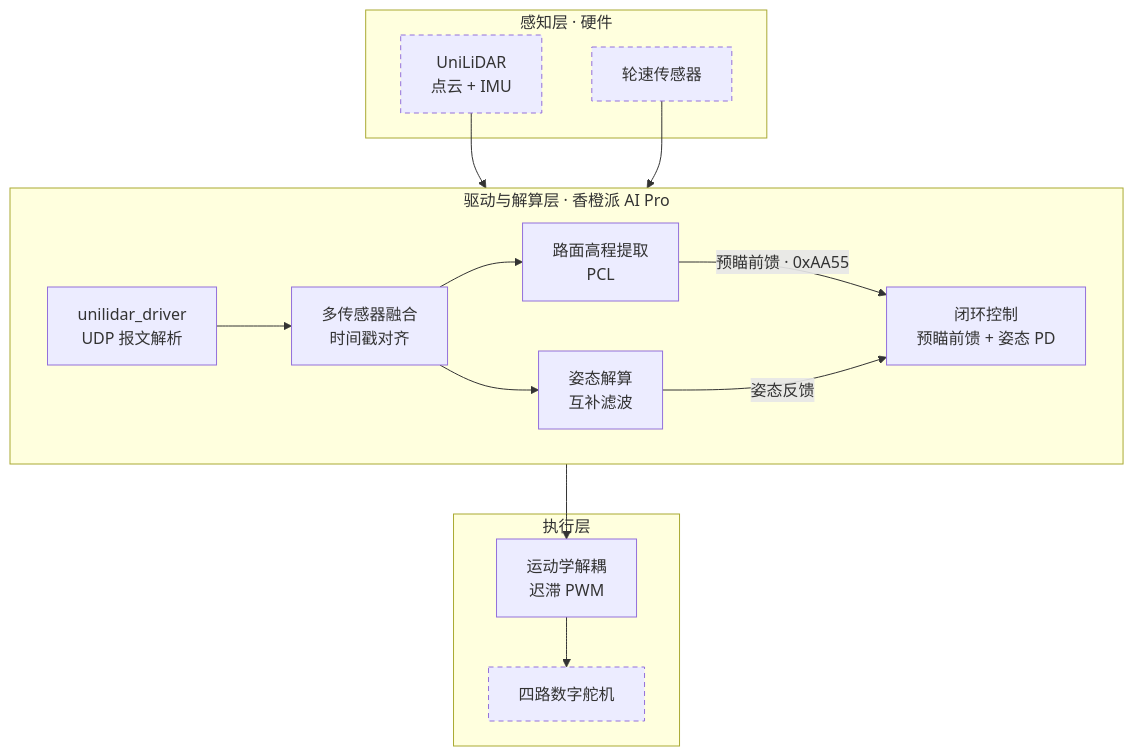
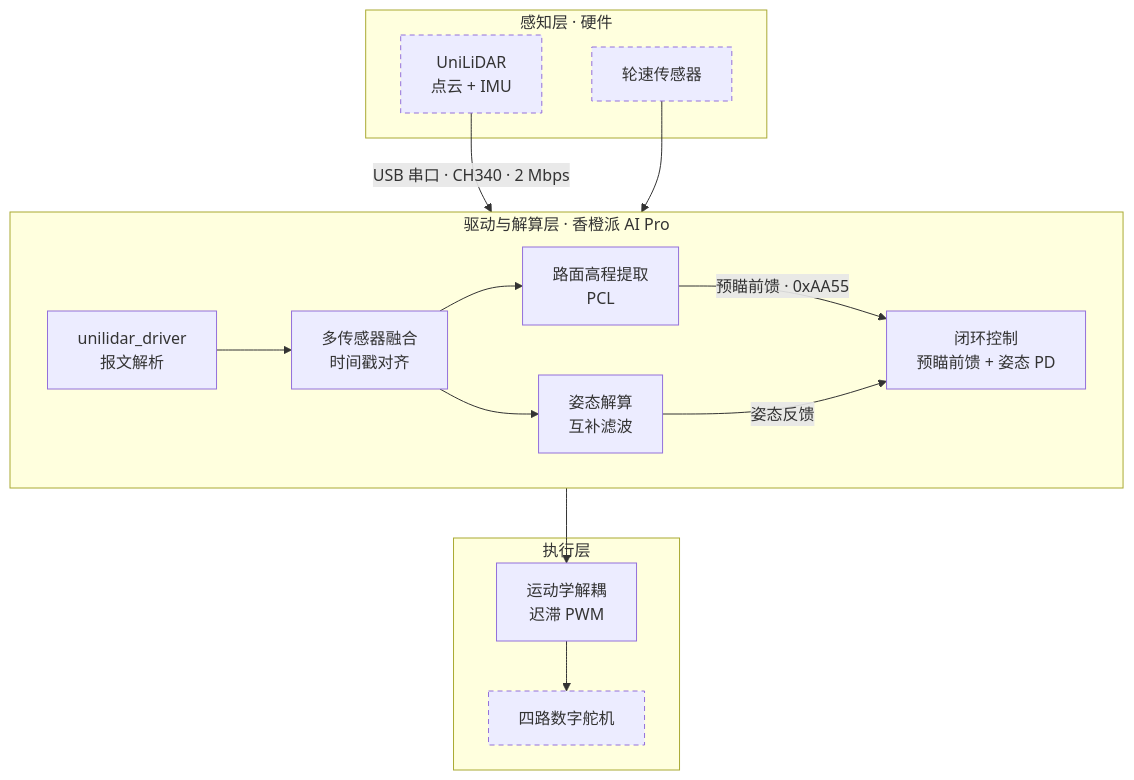
The first of 4 diagrams in README.md (qi-neo/active-suspension-lidar-preview), drawn with Mermaid before and after one commit. The commit also changed other lines of this file and 1 other file, not shown here.

Commit message:
docs: L1实物链路更正为CH340 USB串口(2Mbps/ttyUSB0/dialout), UDP降为备选; 接线图/架构图/接口分层表同步, 中英README一致; 标注驱动仅实现UDP接收需补串口receiver

````diff
--- a/README.md
+++ b/README.md
@@ -256,30 +275,30 @@
 ```mermaid
 %%{init: {'theme': 'base', 'themeVariables': {'fontFamily': '"PingFang SC","Hiragino Sans GB","Microsoft YaHei",sans-serif', 'fontSize': '14px', 'primaryColor': '#ffffff', 'primaryTextColor': '#1f2328', 'primaryBorderColor': '#d0d7de', 'lineColor': '#8c959f', 'secondaryColor': '#f6f8fa', 'tertiaryColor': '#ffffff', 'edgeLabelBackground': '#ffffff', 'clusterBkg': '#ffffff', 'clusterBorder': '#e5e7eb', 'titleColor': '#1f2328'}}}%%
 flowchart TB
     subgraph S1["感知层 · 硬件"]
         L["UniLiDAR<br/>点云 + IMU"]
         W["轮速传感器"]
     end
     subgraph S2["驱动与解算层 · 香橙派 AI Pro"]
         direction LR
-        DR["unilidar_driver<br/>UDP 报文解析"]
+        DR["unilidar_driver<br/>报文解析"]
         F["多传感器融合<br/>时间戳对齐"]
         P["路面高程提取<br/>PCL"]
         A["姿态解算<br/>互补滤波"]
         C["闭环控制<br/>预瞄前馈 + 姿态 PD"]
     end
     subgraph S3["执行层"]
         K["运动学解耦<br/>迟滞 PWM"]
         D["四路数字舵机"]
     end
-    L --> DR
+    L -->|"USB 串口 · CH340 · 2 Mbps"| DR
     DR --> F
     W --> F
     F --> P
     F --> A
     P -->|预瞄前馈 · 0xAA55| C
     A -->|姿态反馈| C
     C --> K --> D
     classDef hw stroke-dasharray: 5 4
     class L,W,D hw
 ```
````
